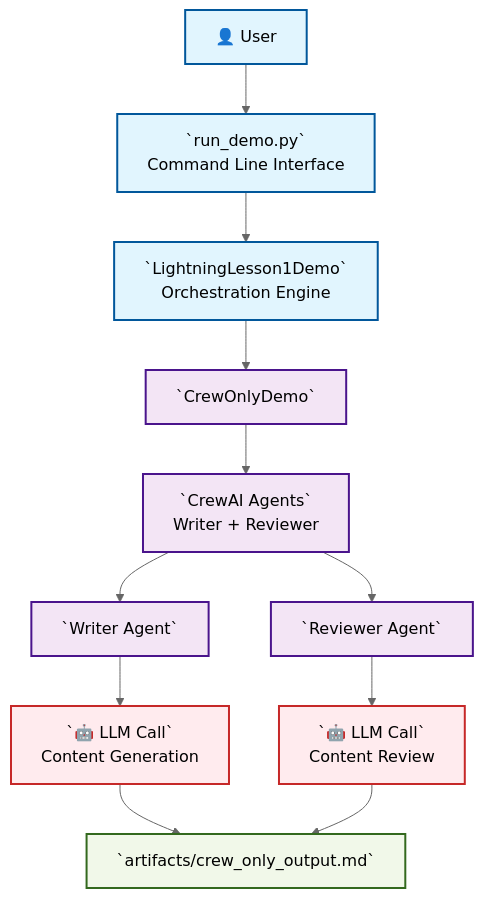
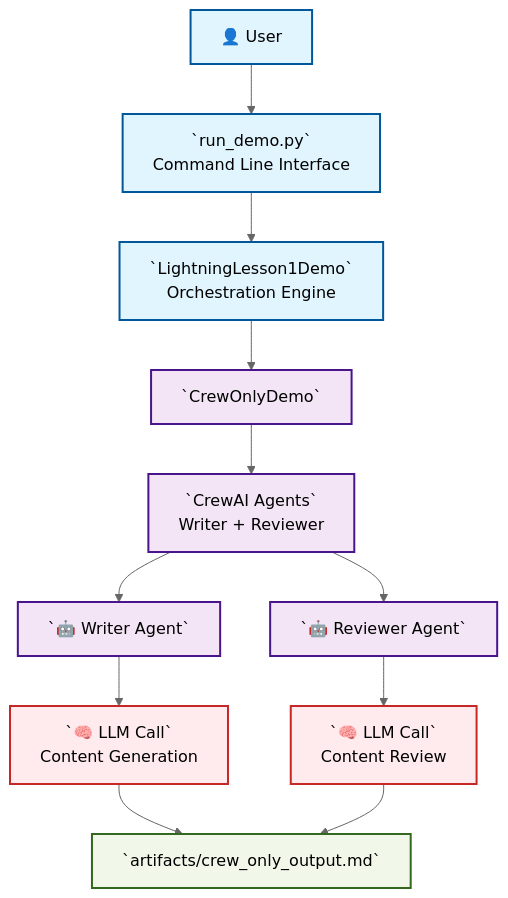
One commit to synaptic-ai-consulting/crewai-LL-series changed the first of 3 diagrams in LL1/README.md. Above: the diagram before and after it, drawn with Mermaid (neutral theme). The commit also changed other lines of this file, not shown here.

Commit message:
updated architecture diagrams

````diff
--- a/LL1/README.md
+++ b/LL1/README.md
@@ -30,33 +30,33 @@
 ```mermaid
 graph TB
     %% User Interaction
     User[👤 User] --> CLI[`run_demo.py`<br/>Command Line Interface]
     CLI --> DemoRunner[`LightningLesson1Demo`<br/>Orchestration Engine]
     
     %% Crew-Only Path
     DemoRunner --> CrewDemo[`CrewOnlyDemo`]
     CrewDemo --> CrewAgents[`CrewAI Agents`<br/>Writer + Reviewer]
     
     %% Agent Collaboration
-    CrewAgents --> Writer[`Writer Agent`]
-    CrewAgents --> Reviewer[`Reviewer Agent`]
+    CrewAgents --> Writer[`🤖 Writer Agent`]
+    CrewAgents --> Reviewer[`🤖 Reviewer Agent`]
     
     %% LLM Calls
-    Writer --> WriterLLM[`🤖 LLM Call`<br/>Content Generation]
-    Reviewer --> ReviewerLLM[`🤖 LLM Call`<br/>Content Review]
+    Writer --> WriterLLM[`🧠 LLM Call`<br/>Content Generation]
+    Reviewer --> ReviewerLLM[`🧠 LLM Call`<br/>Content Review]
     
     %% Output
     WriterLLM --> CrewOutput[`artifacts/crew_only_output.md`]
     ReviewerLLM --> CrewOutput
     
     %% Styling
     classDef userClass fill:#e1f5fe,stroke:#01579b,stroke-width:2px,color:#000
     classDef crewClass fill:#f3e5f5,stroke:#4a148c,stroke-width:2px,color:#000
     classDef llmClass fill:#ffebee,stroke:#c62828,stroke-width:2px,color:#000
     classDef outputClass fill:#f1f8e9,stroke:#33691e,stroke-width:2px,color:#000
     
     class User,CLI,DemoRunner userClass
     class CrewDemo,CrewAgents,Writer,Reviewer crewClass
     class WriterLLM,ReviewerLLM llmClass
     class CrewOutput outputClass
 ```
````
